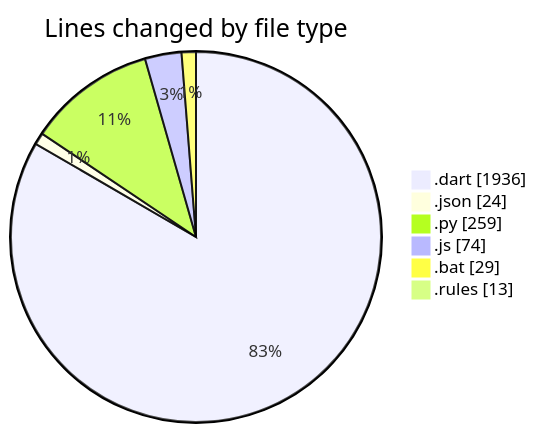
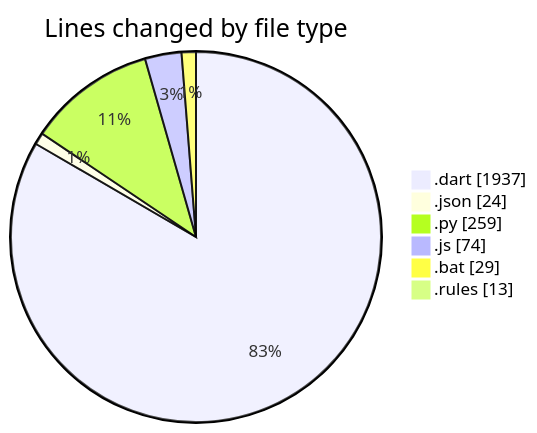
The first of 2 diagrams in 2025-08-04/studybuddy/README.md (lephambinh05/code-tracking), drawn with Mermaid before and after one commit. The commit also changed other lines of this file and 1 other file, not shown here.

````diff
--- a/2025-08-04/studybuddy/README.md
+++ b/2025-08-04/studybuddy/README.md
@@ -43,10 +43,10 @@
 ```mermaid
 pie showData
 title Lines changed by file type
-".dart" : 1936
+".dart" : 1937
 ".json" : 24
 ".py" : 259
 ".js" : 74
 ".bat" : 29
 ".rules" : 13
 ```
````
